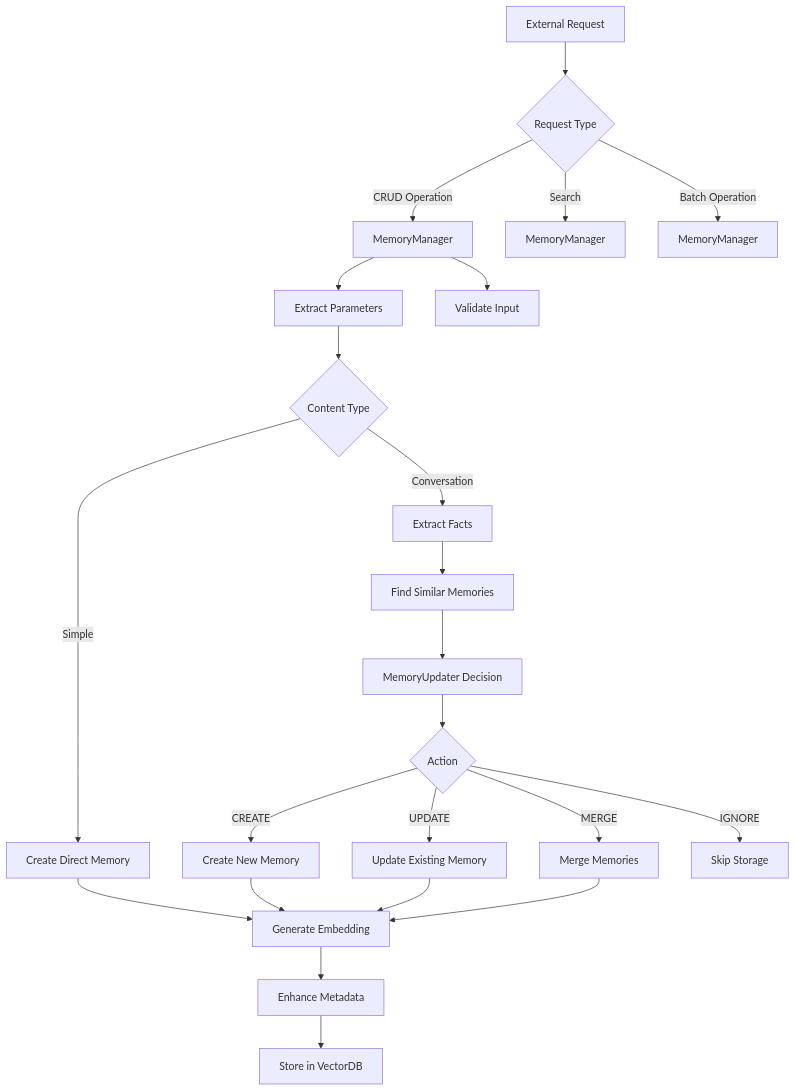
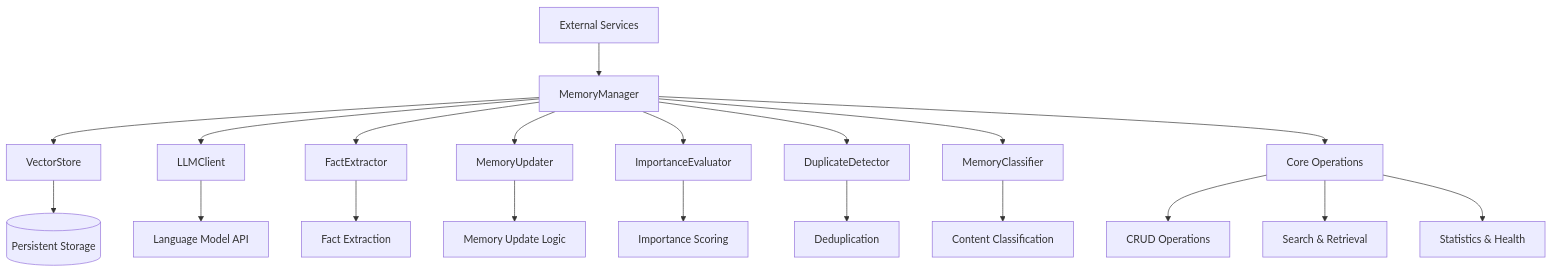
One commit to sopaco/cortex-mem changed the first of 2 diagrams in litho.docs/4.Deep-Exploration/Memory Management Domain.md. Above: the diagram before and after it, drawn with Mermaid. The commit also changed other lines of this file and 11 other files, not shown here.

````diff
--- a/litho.docs/4.Deep-Exploration/Memory Management Domain.md
+++ b/litho.docs/4.Deep-Exploration/Memory Management Domain.md
@@ -334,30 +18,22 @@
 ```mermaid
 graph TD
-    A[External Request] --> B{Request Type}
-    B -->|CRUD Operation| C[MemoryManager]
-    B -->|Search| D[MemoryManager]
-    B -->|Batch Operation| E[MemoryManager]
-    
-    C --> F[Extract Parameters]
-    C --> G[Validate Input]
-    
-    F --> H{Content Type}
-    H -->|Simple| I[Create Direct Memory]
-    H -->|Conversation| J[Extract Facts]
-    
-    J --> K[Find Similar Memories]
-    K --> L[MemoryUpdater Decision]
-    L --> M{Action}
-    M -->|CREATE| N[Create New Memory]
-    M -->|UPDATE| O[Update Existing Memory]
-    M -->|MERGE| P[Merge Memories]
-    M -->|IGNORE| Q[Skip Storage]
-    
-    I --> R[Generate Embedding]
-    N --> R
-    O --> R
-    P --> R
-    
-    R --> S[Enhance Metadata]
-    S --> T[Store in VectorDB]
+    A[External Services] --> B[MemoryManager]
+    B --> C[VectorStore]
+    B --> D[LLMClient]
+    B --> E[FactExtractor]
+    B --> F[MemoryUpdater]
+    B --> G[ImportanceEvaluator]
+    B --> H[DuplicateDetector]
+    B --> I[MemoryClassifier]
+    C --> J[(Persistent Storage)]
+    D --> K[Language Model API]
+    E --> L[Fact Extraction]
+    F --> M[Memory Update Logic]
+    G --> N[Importance Scoring]
+    H --> O[Deduplication]
+    I --> P[Content Classification]
+    B --> Q[Core Operations]
+    Q --> R[CRUD Operations]
+    Q --> S[Search & Retrieval]
+    Q --> T[Statistics & Health]
 ```
````
